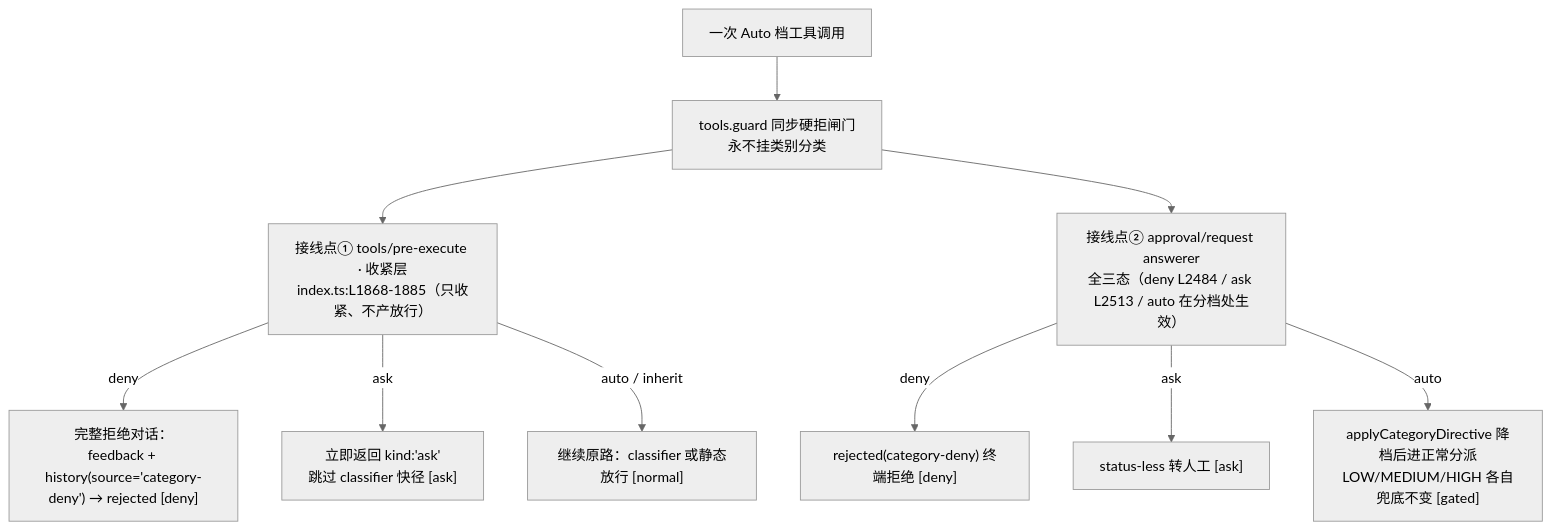
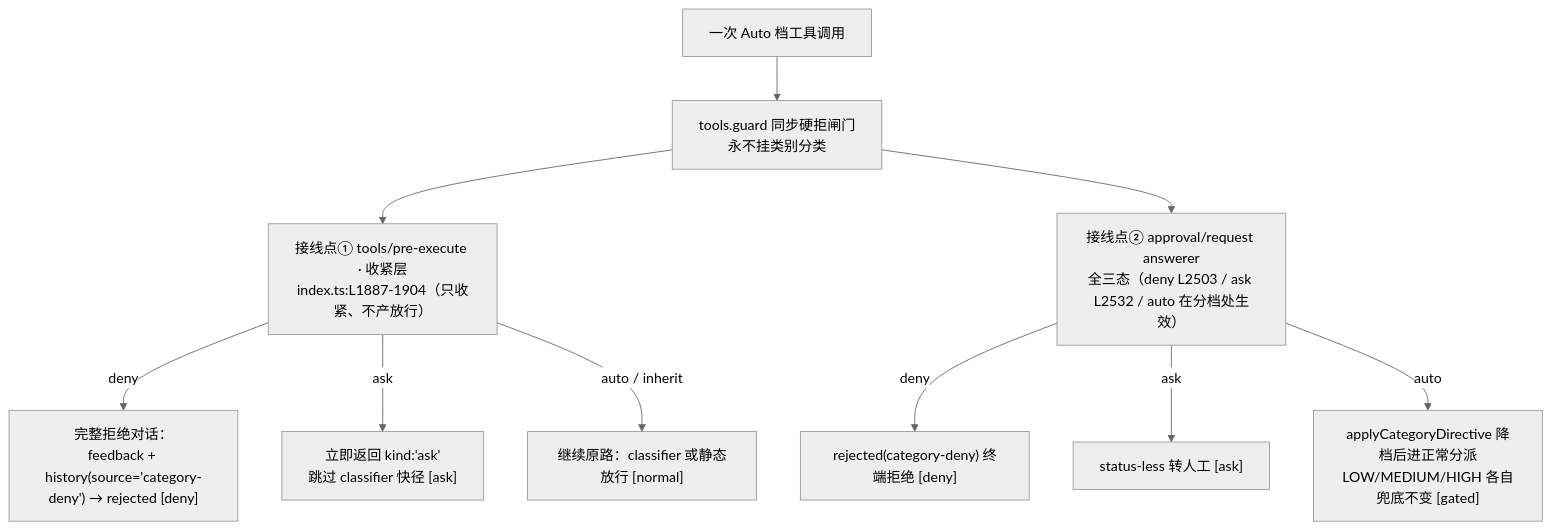
One commit to cuddly-guacamole/dsh-auto-approval-llm changed the diagram in docs/17-category-switches.md. Above: the diagram before and after it, drawn with Mermaid (neutral theme). The commit also changed other lines of this file and 12 other files, not shown here.

````diff
--- a/docs/17-category-switches.md
+++ b/docs/17-category-switches.md
@@ -34,12 +34,12 @@
 ```mermaid
 flowchart TD
     T["一次 Auto 档工具调用"] --> G["tools.guard 同步硬拒闸门<br/>永不挂类别分类"]
-    G --> P["接线点① tools/pre-execute · 收紧层<br/>index.ts:L1868-1885（只收紧、不产放行）"]
+    G --> P["接线点① tools/pre-execute · 收紧层<br/>index.ts:L1887-1904（只收紧、不产放行）"]
     P -->|"deny"| PD["完整拒绝对话：<br/>feedback + history(source='category-deny') → rejected [deny]"]
     P -->|"ask"| PA["立即返回 kind:'ask'<br/>跳过 classifier 快径 [ask]"]
     P -->|"auto / inherit"| N["继续原路：classifier 或静态放行 [normal]"]
-    G --> A["接线点② approval/request answerer<br/>全三态（deny L2484 / ask L2513 / auto 在分档处生效）"]
+    G --> A["接线点② approval/request answerer<br/>全三态（deny L2503 / ask L2532 / auto 在分档处生效）"]
     A -->|"deny"| AD["rejected(category-deny) 终端拒绝 [deny]"]
     A -->|"ask"| AA["status-less 转人工 [ask]"]
     A -->|"auto"| AL["applyCategoryDirective 降档后进正常分派<br/>LOW/MEDIUM/HIGH 各自兜底不变 [gated]"]
 ```
````
